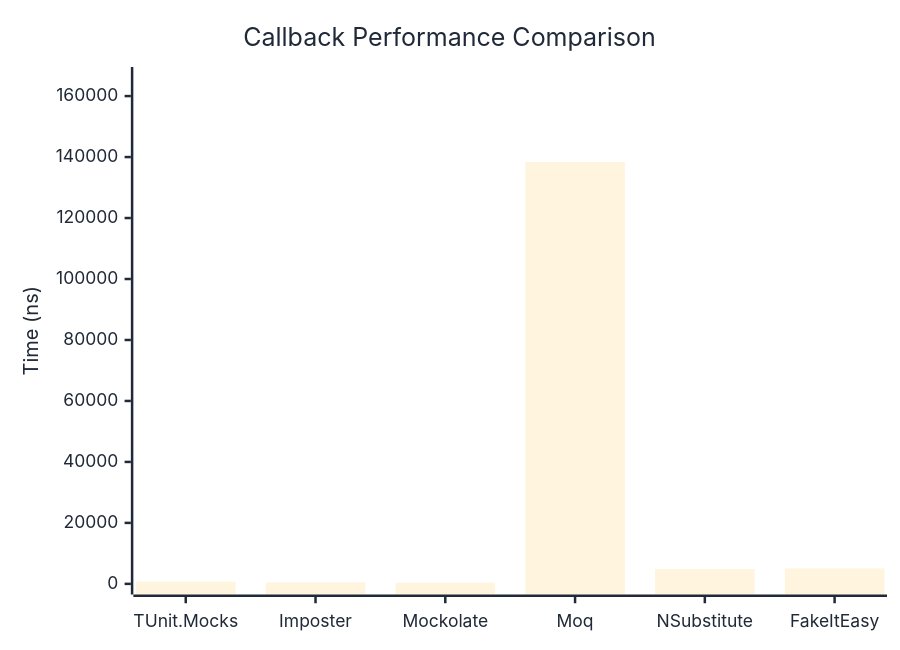
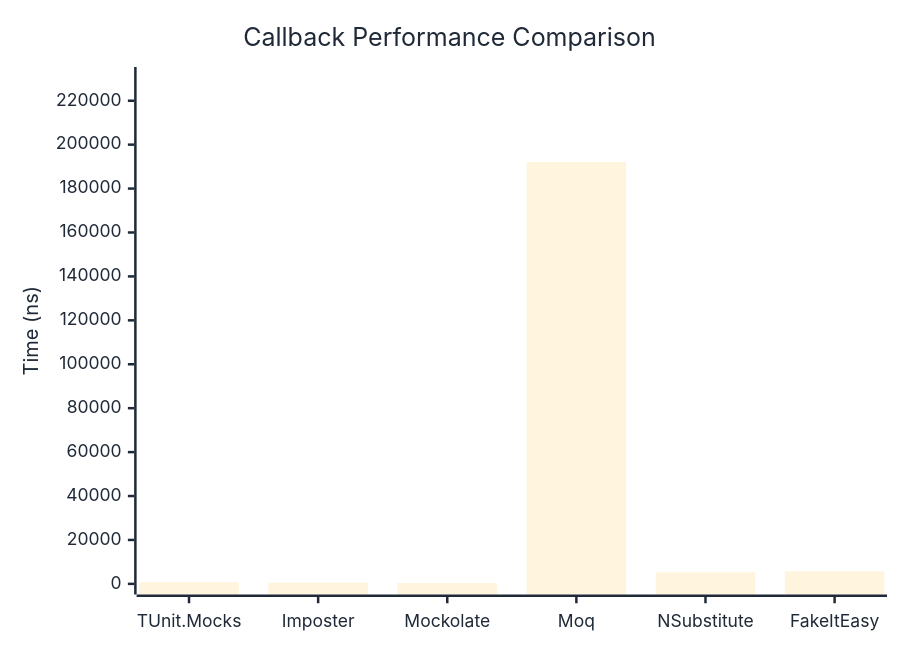
The first of 2 diagrams in docs/docs/benchmarks/mocks/Callback.md (thomhurst/TUnit), drawn with Mermaid before and after one commit. The commit also changed other lines of this file and 14 other files, not shown here.

````diff
--- a/docs/docs/benchmarks/mocks/Callback.md
+++ b/docs/docs/benchmarks/mocks/Callback.md
@@ -30,27 +30,27 @@
 ```mermaid
 %%{init: {
   'theme':'base',
   'themeVariables': {
     'primaryColor': '#2563eb',
     'primaryTextColor': '#1f2937',
     'primaryBorderColor': '#1e40af',
     'lineColor': '#6b7280',
     'secondaryColor': '#7c3aed',
     'tertiaryColor': '#dc2626',
     'background': '#ffffff',
     'pie1': '#2563eb',
     'pie2': '#7c3aed',
     'pie3': '#dc2626',
     'pie4': '#f59e0b',
     'pie5': '#10b981',
     'pie6': '#06b6d4',
     'pie7': '#ec4899',
     'pie8': '#6366f1'
   }
 }}%%
 xychart-beta
   title "Callback Performance Comparison"
   x-axis ["TUnit.Mocks", "Imposter", "Mockolate", "Moq", "NSubstitute", "FakeItEasy"]
-  y-axis "Time (ns)" 0 --> 166052
-  bar [714.1, 490.2, 373, 138376.6, 4842.9, 5068.7]
+  y-axis "Time (ns)" 0 --> 230519
+  bar [793.1, 579.9, 420.2, 192098.6, 5270.3, 5732.7]
 ```
````
